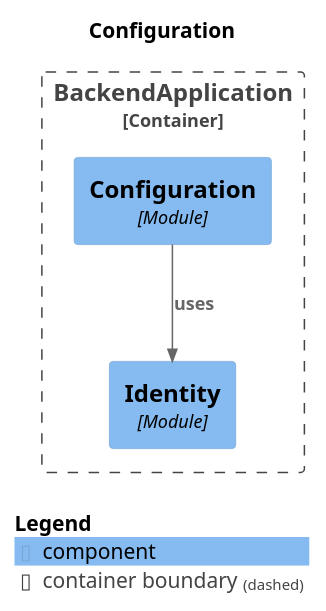
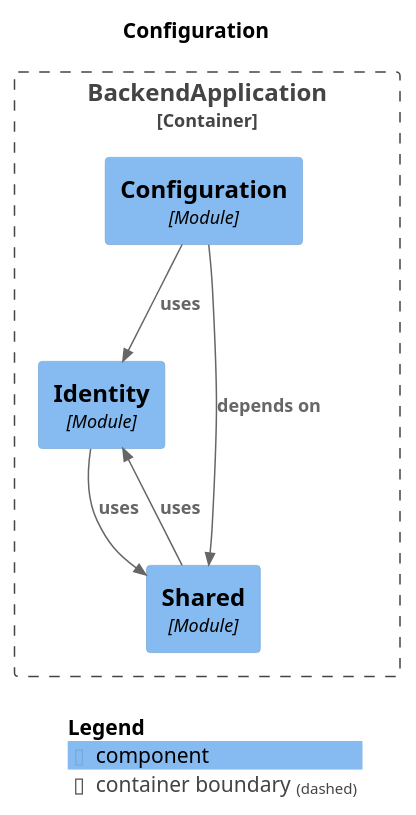
The diagram in docs/architecture/module-config.puml (Gabriel030/agustina-bermejo-app), drawn with PlantUML before and after one commit. The commit also changed 21 other files, not shown here.

Commit message:
docs(architecture): regenera diagramas Modulith (M3a, billing v2) y corrige comando en README

```diff
--- a/docs/architecture/module-config.puml
+++ b/docs/architecture/module-config.puml
@@ -1,19 +1,23 @@
 @startuml
 set separator none
 title Configuration
 
 top to bottom direction
 
 !include <C4/C4>
 !include <C4/C4_Context>
 !include <C4/C4_Component>
 
 Container_Boundary("BackendApplication.BackendApplication_boundary", "BackendApplication", $tags="") {
   Component(BackendApplication.BackendApplication.Identity, "Identity", $techn="Module", $descr="", $tags="", $link="")
+  Component(BackendApplication.BackendApplication.Shared, "Shared", $techn="Module", $descr="", $tags="", $link="")
   Component(BackendApplication.BackendApplication.Configuration, "Configuration", $techn="Module", $descr="", $tags="", $link="")
 }
 
 Rel(BackendApplication.BackendApplication.Configuration, BackendApplication.BackendApplication.Identity, "uses", $techn="", $tags="", $link="")
+Rel(BackendApplication.BackendApplication.Configuration, BackendApplication.BackendApplication.Shared, "depends on", $techn="", $tags="", $link="")
+Rel(BackendApplication.BackendApplication.Identity, BackendApplication.BackendApplication.Shared, "uses", $techn="", $tags="", $link="")
+Rel(BackendApplication.BackendApplication.Shared, BackendApplication.BackendApplication.Identity, "uses", $techn="", $tags="", $link="")
 
 SHOW_LEGEND(true)
 @enduml
```
